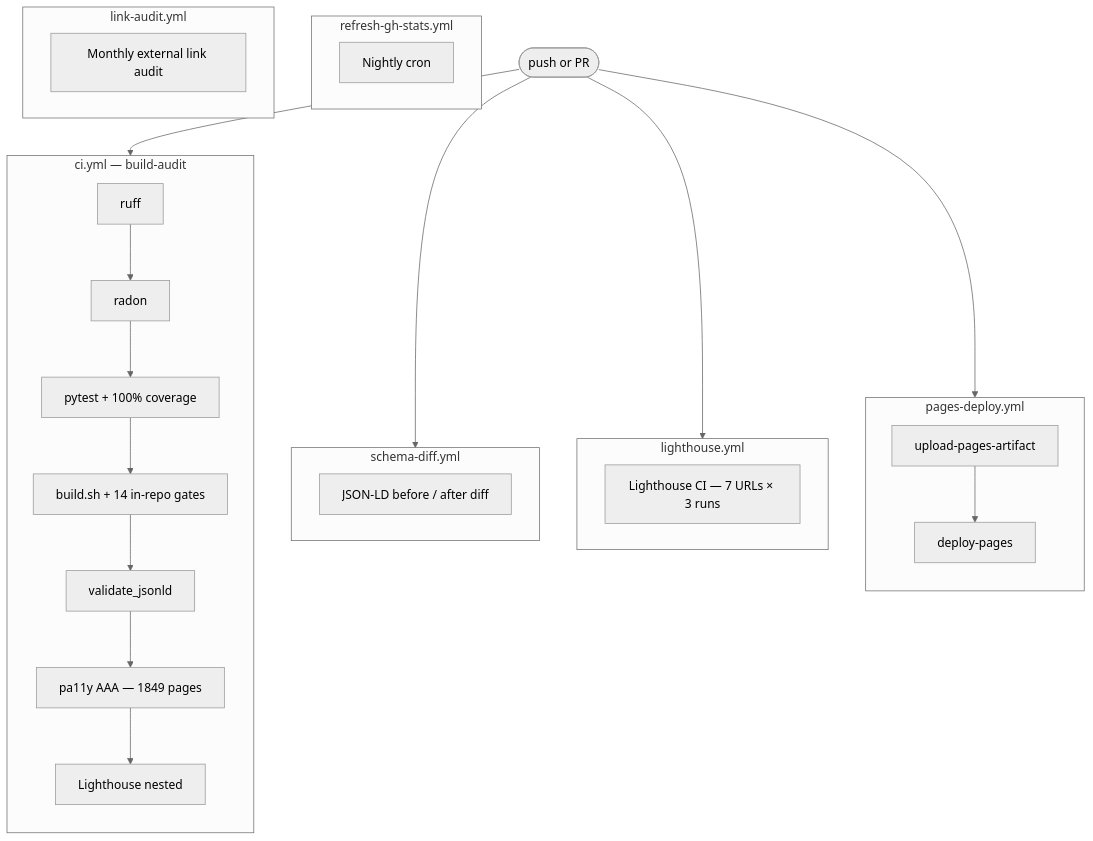
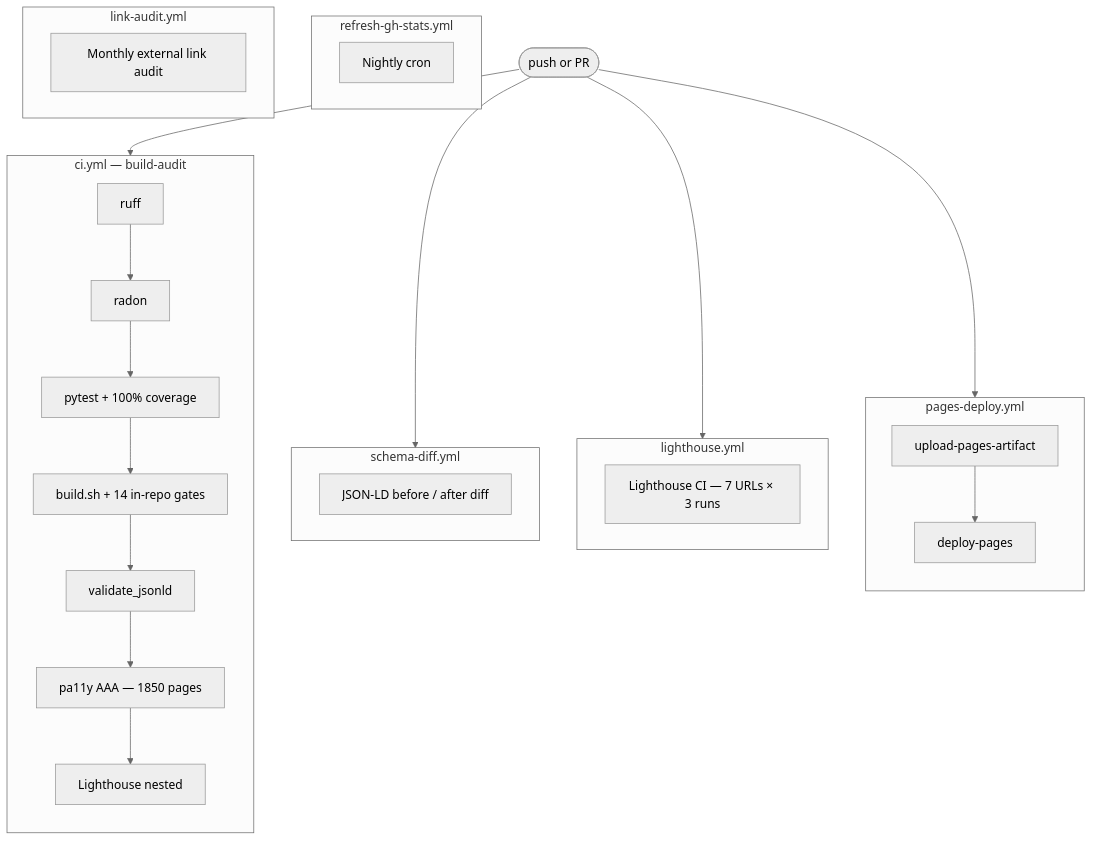
One commit to sebastienrousseau/sebastienrousseau.github.io changed the diagram in doc/CI.md. Above: the diagram before and after it, drawn with Mermaid. The commit also changed other lines of this file and 1376 other files, not shown here.

````diff
--- a/doc/CI.md
+++ b/doc/CI.md
@@ -20,39 +20,39 @@
 ```mermaid
 %%{init: {'theme':'neutral'} }%%
 flowchart TB
     PUSH(["push or PR"])
     PUSH --> CI
     PUSH --> SD
     PUSH --> LH
     PUSH --> PD
 
     subgraph CI["ci.yml — build-audit"]
         direction TB
         L1["ruff"] --> L2["radon"] --> L3["pytest + 100% coverage"]
         L3 --> L4["build.sh + 14 in-repo gates"]
         L4 --> L5["validate_jsonld"]
-        L5 --> L6["pa11y AAA — 1849 pages"]
+        L5 --> L6["pa11y AAA — 1850 pages"]
         L6 --> L7["Lighthouse nested"]
     end
 
     subgraph SD["schema-diff.yml"]
         S1["JSON-LD before / after diff"]
     end
 
     subgraph LH["lighthouse.yml"]
         H1["Lighthouse CI — 7 URLs × 3 runs"]
     end
 
     subgraph PD["pages-deploy.yml"]
         direction TB
         P1["upload-pages-artifact"] --> P2["deploy-pages"]
     end
 
     subgraph RS["refresh-gh-stats.yml"]
         R1["Nightly cron"]
     end
 
     subgraph LA["link-audit.yml"]
         A1["Monthly external link audit"]
     end
 ```
````
